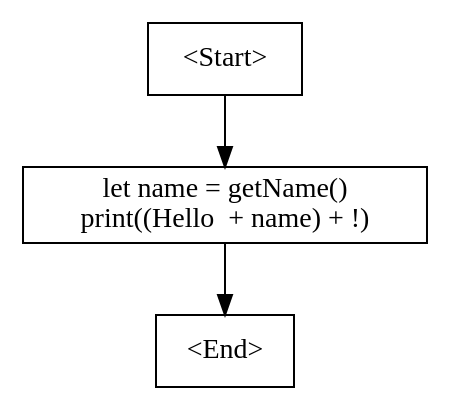
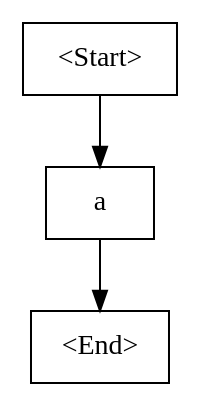
Before and after one commit to jayshiai/Cyclone: the diagram in cfg.dot, drawn with Graphviz. The commit also changed 7 other files, not shown here.

```diff
--- a/cfg.dot
+++ b/cfg.dot
@@ -1,9 +1,8 @@
 digraph G {
     N0 [label = "<Start>" shape = box]
-    N1 [label = "let name = getName()
-print((Hello  + name) + !)
+    N1 [label = "a
 " shape = box]
     N2 [label = "<End>" shape = box]
     N0 -> N1 [label = ""]
     N1 -> N2 [label = ""]
 }
```
